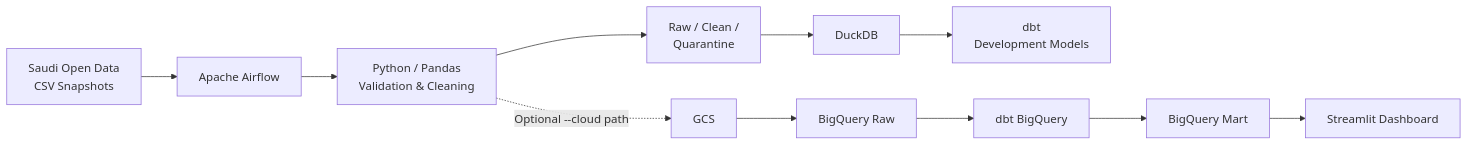
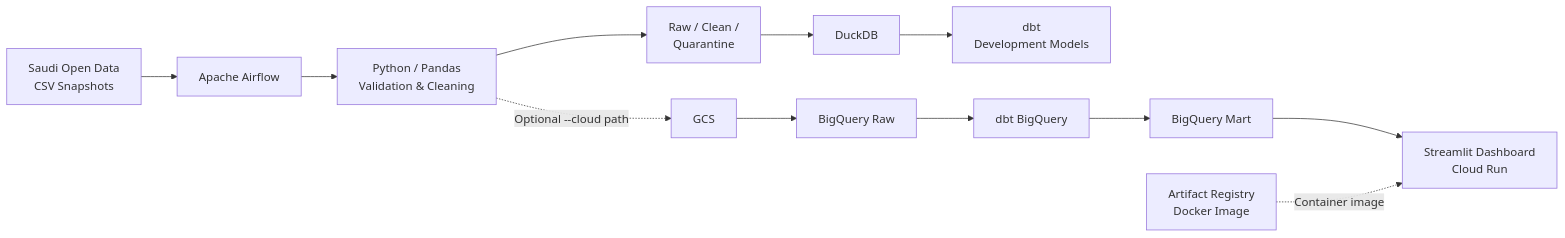
The diagram in README.md (atheerhamdan9/saudi_foreign_aid_pipeline), drawn with Mermaid before and after one commit. The commit also changed other lines of this file and 1 other file, not shown here.

Commit message:
docs: update README with Cloud Run deployment and dashboard screenshot

````diff
--- a/README.md
+++ b/README.md
@@ -38,20 +38,22 @@
 ```mermaid
 flowchart LR
     A["Saudi Open Data<br/>CSV Snapshots"]
     B["Apache Airflow"]
     C["Python / Pandas<br/>Validation & Cleaning"]
     D["Raw / Clean /<br/>Quarantine"]
     E["DuckDB"]
     F["dbt<br/>Development Models"]
 
     G["GCS"]
     H["BigQuery Raw"]
     I["dbt BigQuery"]
     J["BigQuery Mart"]
-    K["Streamlit Dashboard"]
+    K["Streamlit Dashboard<br/>Cloud Run"]
+    L["Artifact Registry<br/>Docker Image"]
 
     A --> B --> C --> D --> E --> F
 
     C -. "Optional --cloud path" .-> G
     G --> H --> I --> J --> K
+    L -. "Container image" .-> K
 ```
````
